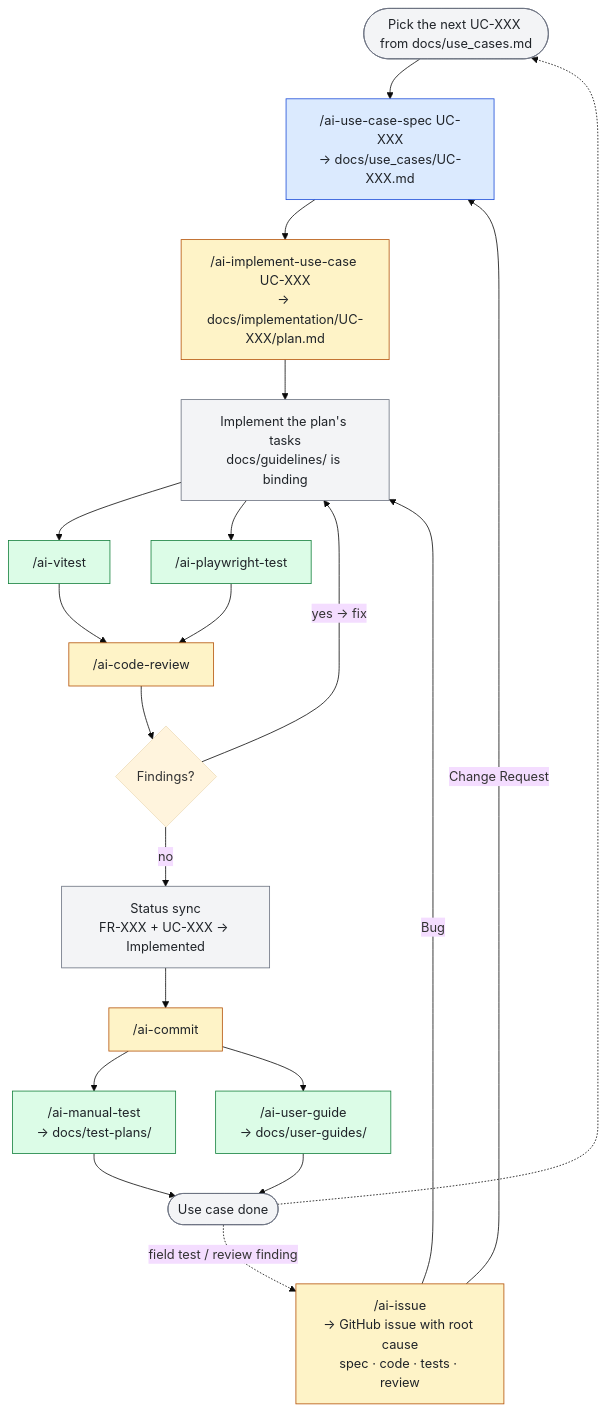
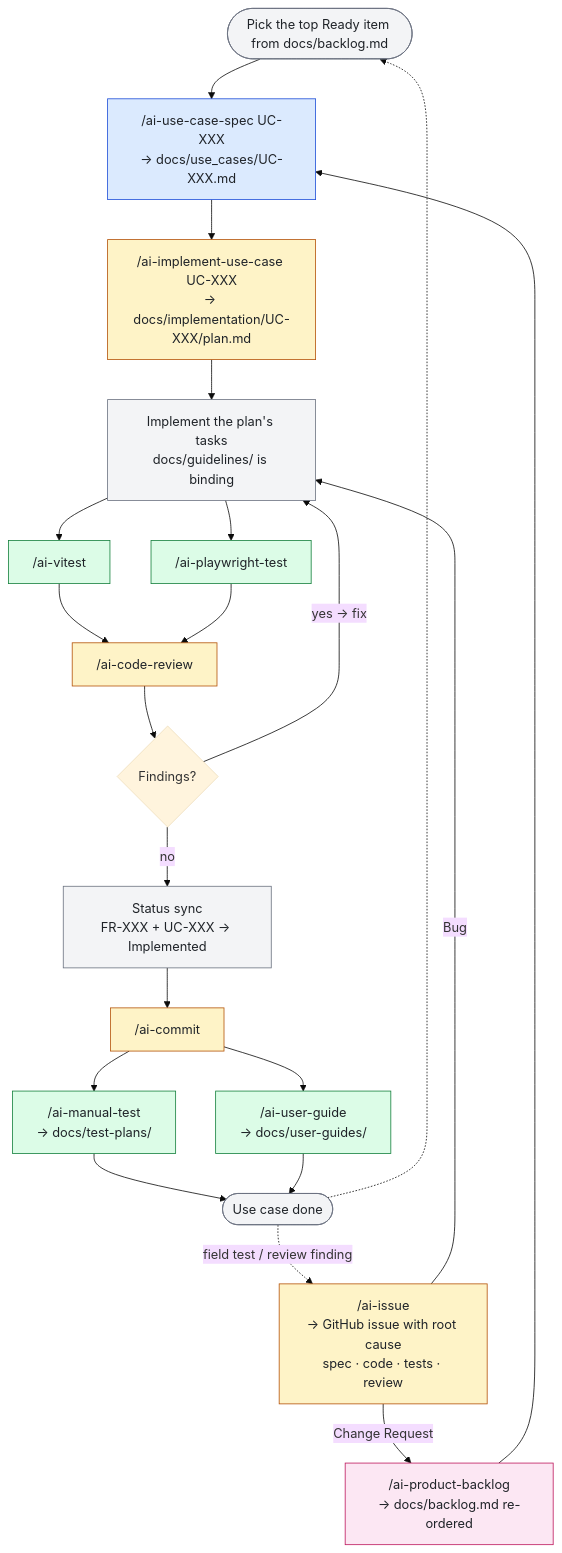
One commit to liitu-ch/liitu-ai-architect-marketplace changed the third of 3 diagrams in README.md. Above: the diagram before and after it, drawn with Mermaid (base theme). The commit also changed other lines of this file and 20 other files, not shown here.

First line of the commit message:
feat(product): add ai-architect-product plugin (vision, backlog, store assets)

````diff
--- a/README.md
+++ b/README.md
@@ -162,30 +193,33 @@
 ```mermaid
 flowchart TD
-    pick([Pick the next UC-XXX from docs/use_cases.md]) --> spec
+    pick([Pick the top Ready item from docs/backlog.md]) --> spec
     spec["/ai-use-case-spec UC-XXX<br/>→ docs/use_cases/UC-XXX.md"] --> plan
     plan["/ai-implement-use-case UC-XXX<br/>→ docs/implementation/UC-XXX/plan.md"] --> impl
     impl["Implement the plan's tasks<br/>docs/guidelines/ is binding"] --> unit & e2e
     unit["/ai-vitest"] --> review
     e2e["/ai-playwright-test"] --> review
     review["/ai-code-review"] --> findings{Findings?}
     findings -- "yes → fix" --> impl
     findings -- "no" --> sync
     sync["Status sync<br/>FR-XXX + UC-XXX → Implemented"] --> commit
     commit["/ai-commit"] --> manual & guide
     manual["/ai-manual-test<br/>→ docs/test-plans/"] --> done
     guide["/ai-user-guide<br/>→ docs/user-guides/"] --> done
     done([Use case done]) -.-> pick
     done -. "field test / review finding" .-> issue
     issue["/ai-issue<br/>→ GitHub issue with root cause<br/>spec · code · tests · review"]
-    issue -- "Change Request" --> spec
+    issue -- "Change Request" --> backlog
+    backlog["/ai-product-backlog<br/>→ docs/backlog.md re-ordered"] --> spec
     issue -- "Bug" --> impl
 
     classDef core fill:#dbeafe,stroke:#1d4ed8,color:#1f2328
     classDef testing fill:#dcfce7,stroke:#15803d,color:#1f2328
     classDef devtools fill:#fef3c7,stroke:#b45309,color:#1f2328
+    classDef product fill:#fce7f3,stroke:#be185d,color:#1f2328
     classDef step fill:#f3f4f6,stroke:#6b7280,color:#1f2328
     class spec core
     class unit,e2e,manual,guide testing
     class plan,review,commit,issue devtools
+    class backlog product
     class pick,impl,sync,done step
 ```
````
